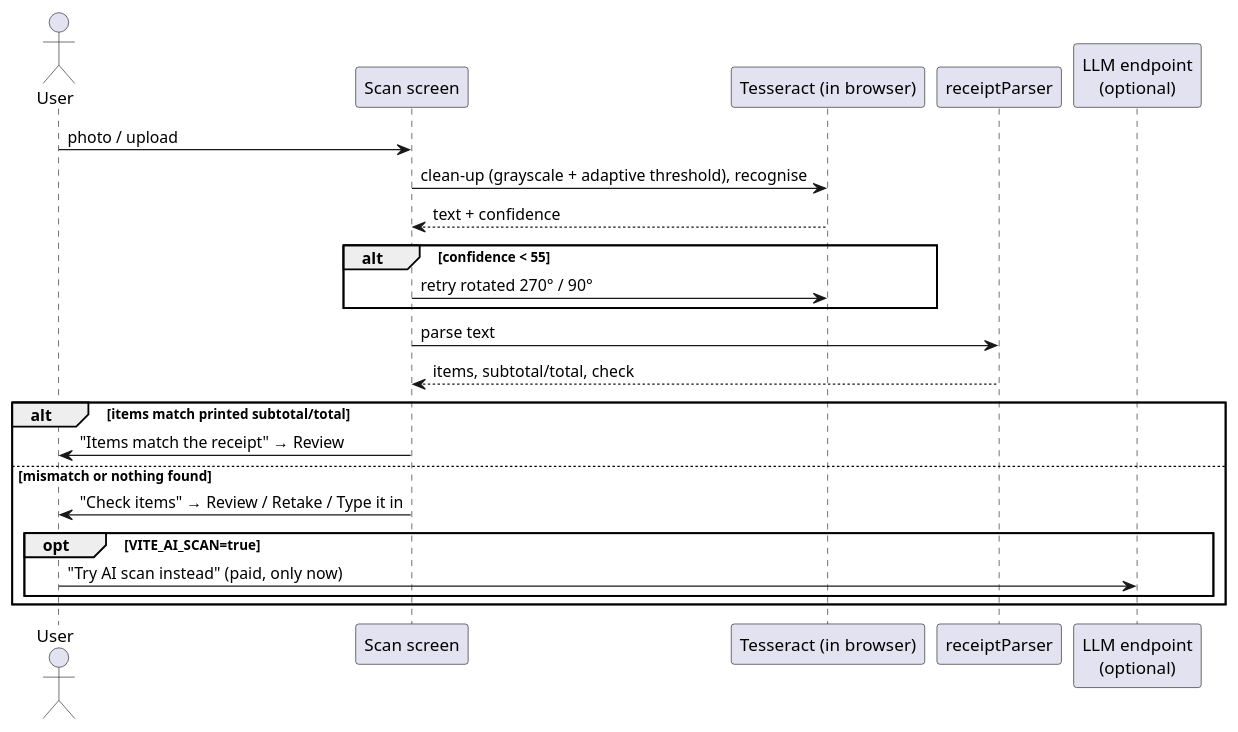
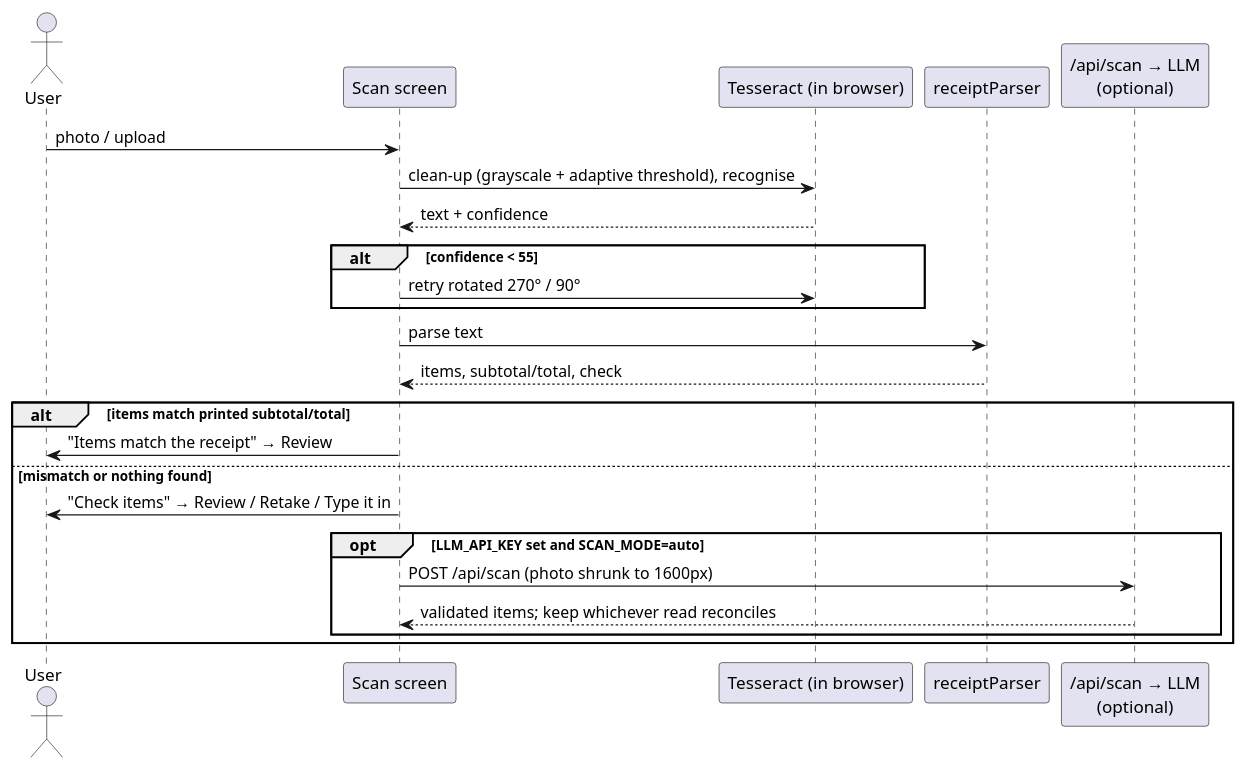
One commit to MikeKomari/Splitto changed the diagram in design.md. Above: the diagram before and after it, drawn with PlantUML. The commit also changed other lines of this file and 23 other files, not shown here.

````diff
--- a/design.md
+++ b/design.md
@@ -125,25 +127,26 @@
 ```plantuml
 @startuml
 actor User
 participant "Scan screen" as UI
 participant "Tesseract (in browser)" as OCR
 participant "receiptParser" as P
-participant "LLM endpoint\n(optional)" as AI
+participant "/api/scan → LLM\n(optional)" as AI
 User -> UI : photo / upload
 UI -> OCR : clean-up (grayscale + adaptive threshold), recognise
 OCR --> UI : text + confidence
 alt confidence < 55
   UI -> OCR : retry rotated 270° / 90°
 end
 UI -> P : parse text
 P --> UI : items, subtotal/total, check
 alt items match printed subtotal/total
   UI -> User : "Items match the receipt" → Review
 else mismatch or nothing found
   UI -> User : "Check items" → Review / Retake / Type it in
-  opt VITE_AI_SCAN=true
-    User -> AI : "Try AI scan instead" (paid, only now)
+  opt LLM_API_KEY set and SCAN_MODE=auto
+    UI -> AI : POST /api/scan (photo shrunk to 1600px)
+    AI --> UI : validated items; keep whichever read reconciles
   end
 end
 @enduml
 ```
````
